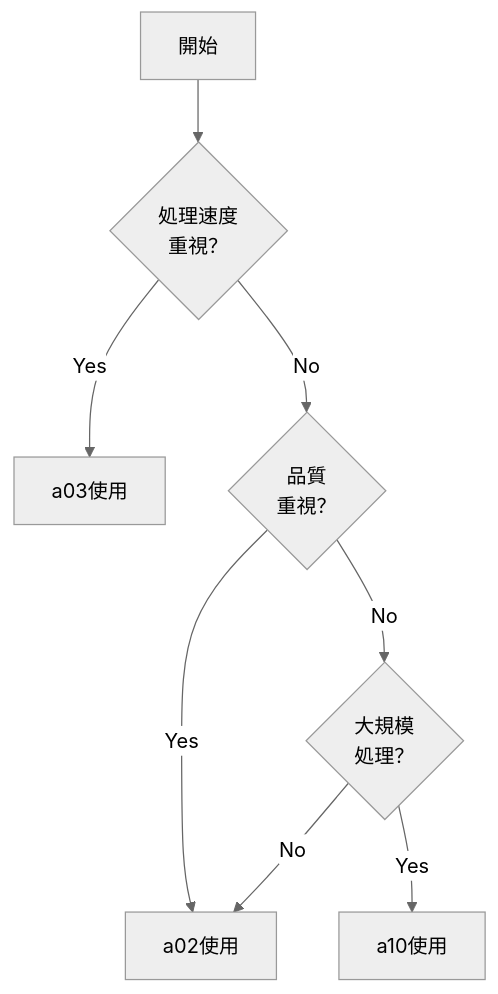
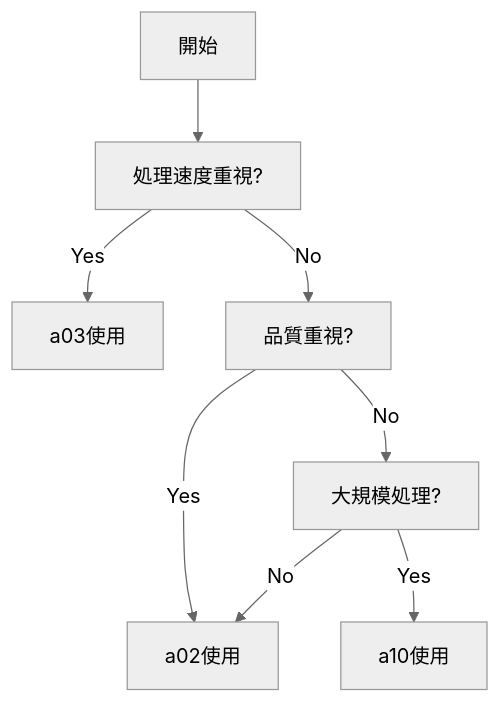
Before and after one commit to nakashima2toshio/openai_rag_qa_jp: the fifth of 5 diagrams in doc/coverage_feature_comparison.md, drawn with Mermaid (neutral theme). The commit also changed other lines of this file and 30 other files, not shown here.

````diff
--- a/doc/coverage_feature_comparison.md
+++ b/doc/coverage_feature_comparison.md
@@ -348,10 +354,10 @@
 ```mermaid
 graph TD
-    Start[開始] --> Q1{処理速度<br/>重視？}
+    Start[開始] --> Q1[処理速度重視?]
     Q1 -->|Yes| a03[a03使用]
-    Q1 -->|No| Q2{品質<br/>重視？}
+    Q1 -->|No| Q2[品質重視?]
     Q2 -->|Yes| a02[a02使用]
-    Q2 -->|No| Q3{大規模<br/>処理？}
+    Q2 -->|No| Q3[大規模処理?]
     Q3 -->|Yes| a10[a10使用]
     Q3 -->|No| a02
 ```
````
